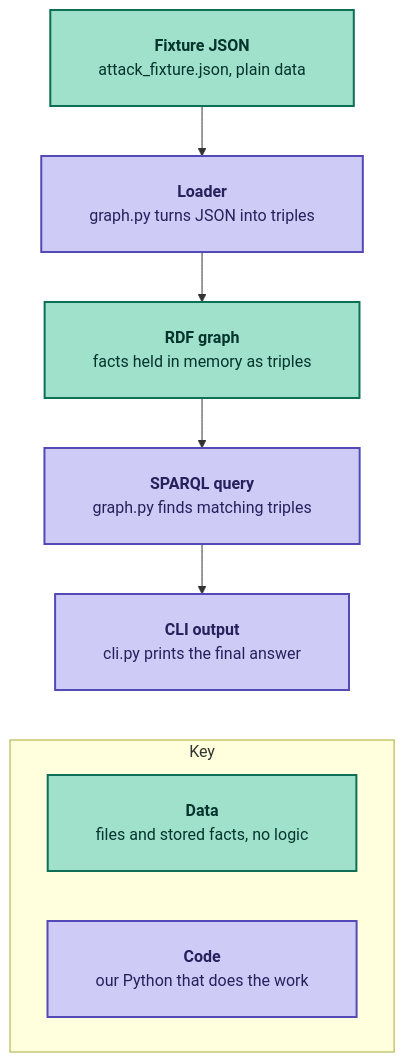
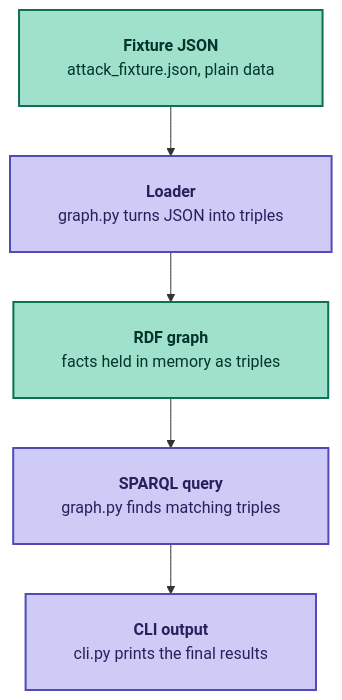
The diagram in docs/learning/issue-02-fixture-graph-cli.md (jbb-codes/attack-graph-rag), drawn with Mermaid before and after one commit. The commit also changed other lines of this file, not shown here.

Commit message:
docs(learning): move the color key above the diagram
- Replace the in-diagram key boxes with a short text key above it
- Keep the five flowchart boxes with similar-length descriptions

````diff
--- a/docs/learning/issue-02-fixture-graph-cli.md
+++ b/docs/learning/issue-02-fixture-graph-cli.md
@@ -9,30 +14,22 @@
 ```mermaid
 ---
 config:
   flowchart:
     padding: 24
-    wrappingWidth: 260
+    wrappingWidth: 300
 ---
 flowchart TD
   A["`**Fixture JSON**
   attack_fixture.json, plain data`"] --> B["`**Loader**
   graph.py turns JSON into triples`"]
   B --> C["`**RDF graph**
   facts held in memory as triples`"]
   C --> D["`**SPARQL query**
   graph.py finds matching triples`"]
   D --> E["`**CLI output**
-  cli.py prints the final answer`"]
-  subgraph Key
-    direction LR
-    K1["`**Data**
-    files and stored facts, no logic`"]
-    K2["`**Code**
-    our Python that does the work`"]
-  end
-  E ~~~ K1
+  cli.py prints the final results`"]
   classDef data fill:#9FE1CB,stroke:#0F6E56,stroke-width:2px,color:#04342C
   classDef code fill:#CECBF6,stroke:#534AB7,stroke-width:2px,color:#26215C
-  class A,C,K1 data
-  class B,D,E,K2 code
+  class A,C data
+  class B,D,E code
 ```
````
